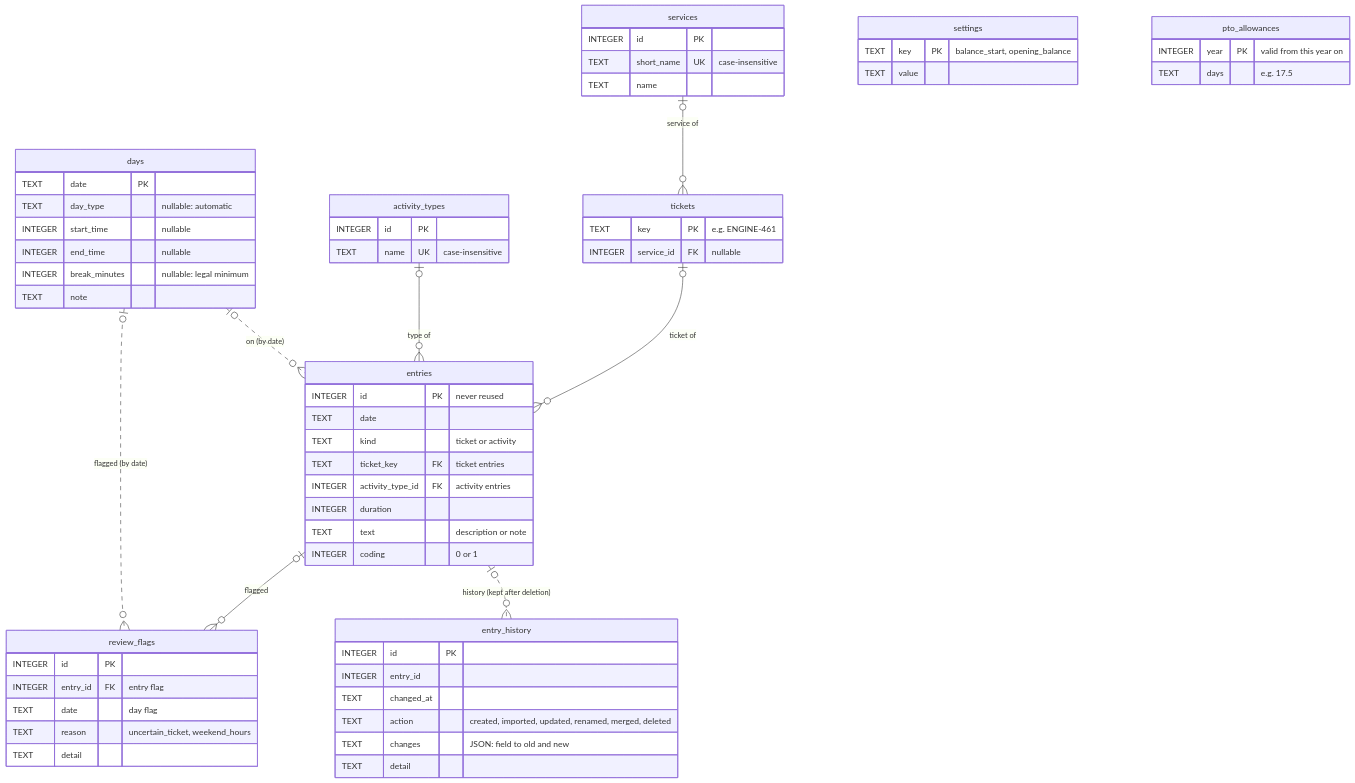
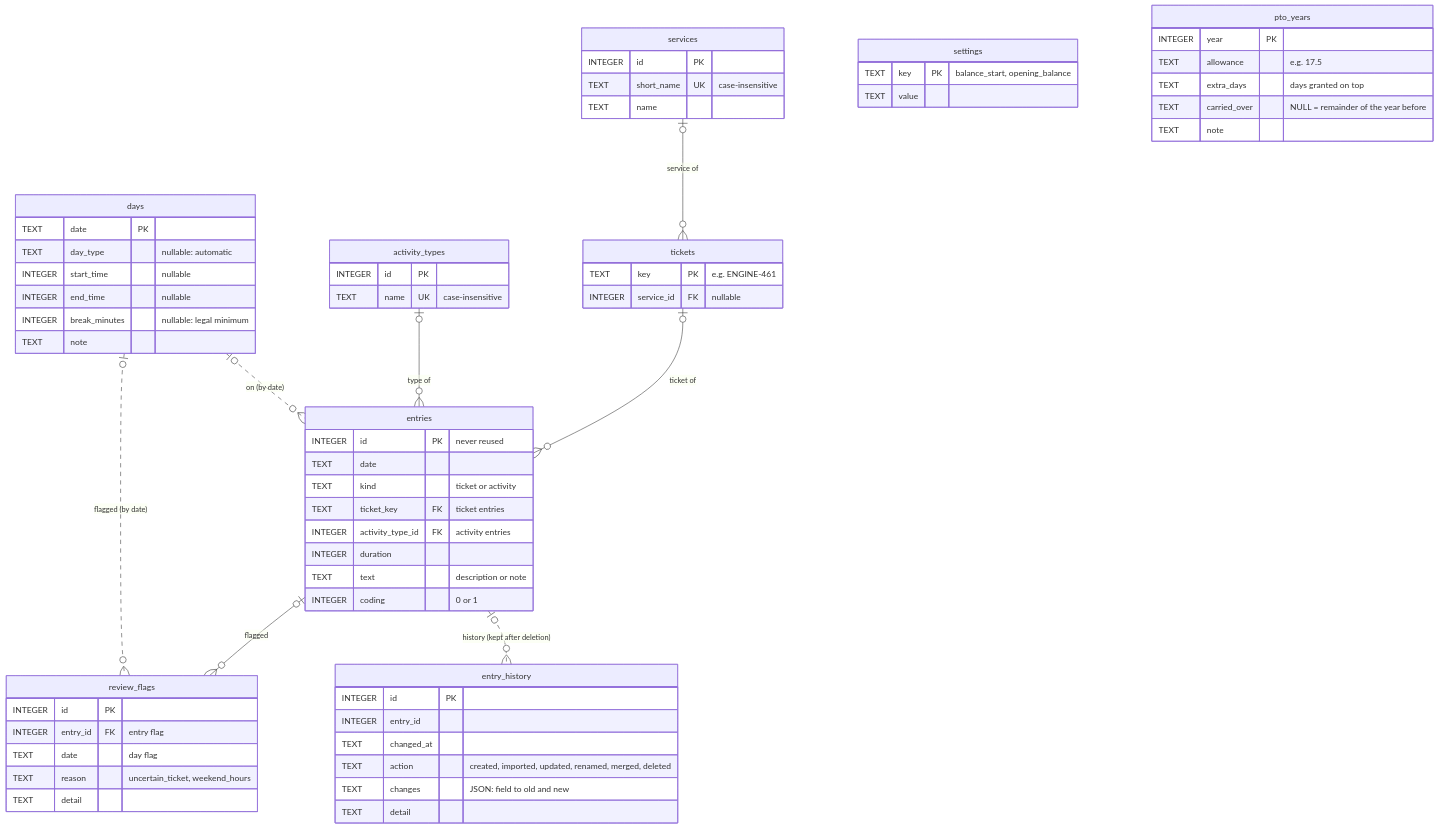
One commit to mayo-s/work-tracker changed the diagram in README.md. Above: the diagram before and after it, drawn with Mermaid. The commit also changed other lines of this file and 23 other files, not shown here.

Commit message:
Store PTO years as data: allowance, extra days, optional fixed carry-over. Added /api/pto-years endpoints.

````diff
--- a/README.md
+++ b/README.md
@@ -197,65 +201,68 @@
 ```mermaid
 erDiagram
     services |o--o{ tickets: "service of"
     tickets |o--o{ entries: "ticket of"
     activity_types |o--o{ entries: "type of"
     entries |o--o{ review_flags: "flagged"
     days |o..o{ review_flags: "flagged (by date)"
     days |o..o{ entries: "on (by date)"
     entries |o..o{ entry_history: "history (kept after deletion)"
 
     settings {
         TEXT key PK "balance_start, opening_balance"
         TEXT value
     }
-    pto_allowances {
-        INTEGER year PK "valid from this year on"
-        TEXT days "e.g. 17.5"
+    pto_years {
+        INTEGER year PK
+        TEXT allowance "e.g. 17.5"
+        TEXT extra_days "days granted on top"
+        TEXT carried_over "NULL = remainder of the year before"
+        TEXT note
     }
     services {
         INTEGER id PK
         TEXT short_name UK "case-insensitive"
         TEXT name
     }
     activity_types {
         INTEGER id PK
         TEXT name UK "case-insensitive"
     }
     tickets {
         TEXT key PK "e.g. ENGINE-461"
         INTEGER service_id FK "nullable"
     }
     days {
         TEXT date PK
         TEXT day_type "nullable: automatic"
         INTEGER start_time "nullable"
         INTEGER end_time "nullable"
         INTEGER break_minutes "nullable: legal minimum"
         TEXT note
     }
     entries {
         INTEGER id PK "never reused"
         TEXT date
         TEXT kind "ticket or activity"
         TEXT ticket_key FK "ticket entries"
         INTEGER activity_type_id FK "activity entries"
         INTEGER duration
         TEXT text "description or note"
         INTEGER coding "0 or 1"
     }
     entry_history {
         INTEGER id PK
         INTEGER entry_id
         TEXT changed_at
         TEXT action "created, imported, updated, renamed, merged, deleted"
         TEXT changes "JSON: field to old and new"
         TEXT detail
     }
     review_flags {
         INTEGER id PK
         INTEGER entry_id FK "entry flag"
         TEXT date "day flag"
         TEXT reason "uncertain_ticket, weekend_hours"
         TEXT detail
     }
 ```
````
